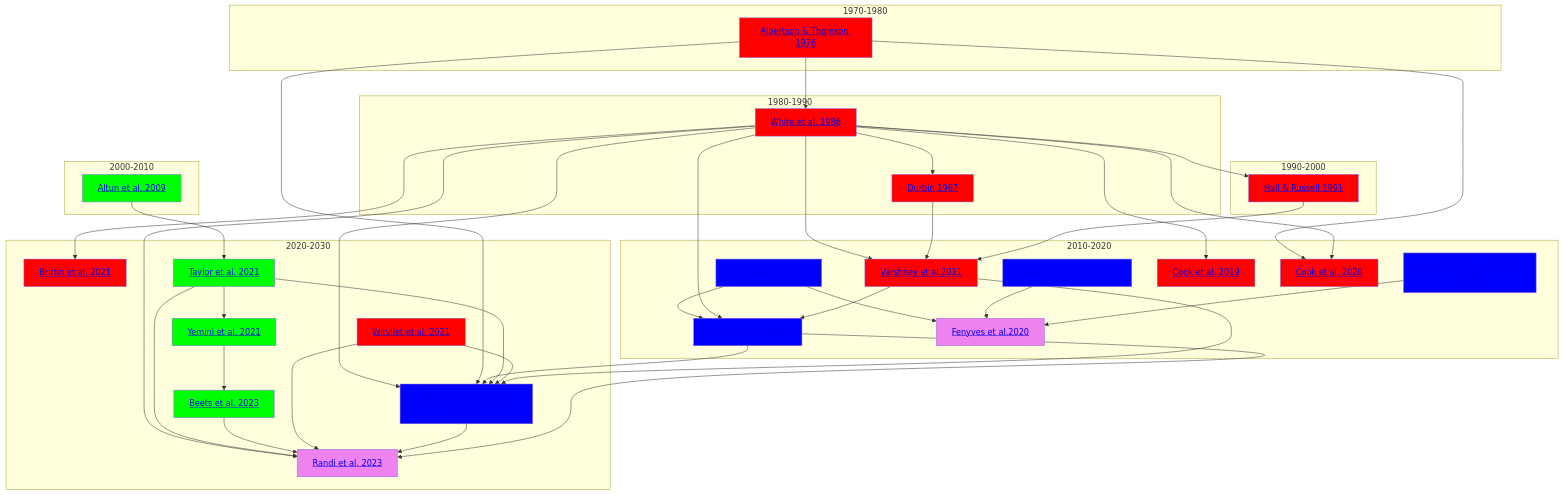
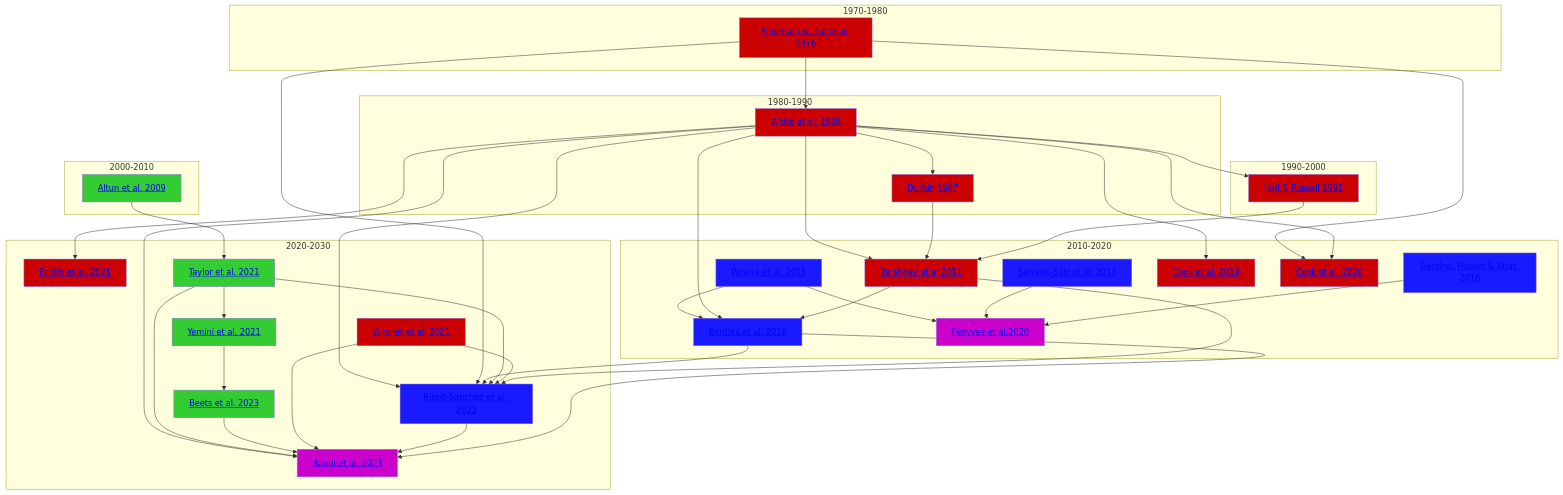
One commit to yasinthanvickneswaran/mermaidtest changed the diagram in Timeline.md. Above: the diagram before and after it, drawn with Mermaid.

````diff
--- a/Timeline.md
+++ b/Timeline.md
@@ -1,67 +1,67 @@
 ```mermaid
 flowchart TD
-    classDef anat fill:#f00
-    classDef gene fill:#0f0
-    classDef es fill:#00f
-    classDef func fill:#ee82ee
+    classDef anat fill:#cc0000
+    classDef gene fill:#33cc33
+    classDef es fill:#1a1aff
+    classDef func fill:#cc00cc
 
 
     subgraph 1970-1980
     A1[<a href='https://github.com/yasinthanvickneswaran/ConnectomeToolbox/blob/main/docs/Albertson_Thompson_1976.md' >Albertson & Thomson 1976</a>]:::anat
     end
     subgraph 1980-1990
     A[<a href='https://github.com/yasinthanvickneswaran/ConnectomeToolbox/blob/main/docs/White_1986.md' >White et al. 1986</a>]:::anat & B[<a href='https://github.com/yasinthanvickneswaran/ConnectomeToolbox/blob/main/docs/Durbin_1987.md' >Durbin 1987</a>]:::anat
     end
 
     subgraph 1990-2000
     A2[<a href='https://github.com/yasinthanvickneswaran/ConnectomeToolbox/blob/main/docs/Hall_1991.md' >Hall & Russell 1991</a>]:::anat
     end
 
     subgraph 2000-2010
     C[<a href='https://github.com/yasinthanvickneswaran/ConnectomeToolbox/blob/main/docs/Altun_2009.md' >Altun et al. 2009</a>]:::gene 
     end
 
     subgraph 2010-2020
     D[<a href='https://github.com/yasinthanvickneswaran/ConnectomeToolbox/blob/main/docs/Varshney_2011.md' >Varshney et al.2011</a>]:::anat & E[<a href='https://github.com/yasinthanvickneswaran/ConnectomeToolbox/blob/main/docs/Pereira_2015.md' >Pereira et al. 2015</a>]:::es & E1[<a href='https://github.com/yasinthanvickneswaran/ConnectomeToolbox/blob/main/docs/Serrano_2013.md' >Serrano-Saiz et al. 2013</a>]:::es  & E2[<a href='https://github.com/yasinthanvickneswaran/ConnectomeToolbox/blob/main/docs/Gendrel_2016.md' >Gendrel, Hobert & Atlas 2016</a>]:::es & F[<a href='https://github.com/yasinthanvickneswaran/ConnectomeToolbox/blob/main/docs/Bentley_2016.md' >Bentley et al. 2016 </a>]:::es & G[<a href='https://github.com/yasinthanvickneswaran/ConnectomeToolbox/blob/main/docs/Cook_2019.md' >Cook et al. 2019</a>]:::anat & H[<a href='https://github.com/yasinthanvickneswaran/ConnectomeToolbox/blob/main/docs/Fenyves_2020.md' >Fenyves et al.2020</a>]:::func & I[<a href='https://github.com/yasinthanvickneswaran/ConnectomeToolbox/blob/main/docs/Cook_2020.md' >Cook et al. 2020</a>]:::anat
     end
 
     subgraph 2020-2030
     J[<a href='https://github.com/yasinthanvickneswaran/ConnectomeToolbox/blob/main/docs/Brittin_2021.md' >Brittin et al. 2021</a>]:::anat & K[<a href='https://github.com/yasinthanvickneswaran/ConnectomeToolbox/blob/main/docs/Witvliet_2021.md' >Witvliet et al. 2021</a>]:::anat & L[<a href='https://github.com/yasinthanvickneswaran/ConnectomeToolbox/blob/main/docs/Taylor_2021.md' >Taylor et al. 2021</a>]:::gene & M[<a href='https://github.com/yasinthanvickneswaran/ConnectomeToolbox/blob/main/docs/Yemini_2021.md' >Yemini et al. 2021</a>]:::gene & N[<a href='https://github.com/yasinthanvickneswaran/ConnectomeToolbox/blob/main/docs/Beets_2023.md' >Beets et al. 2023</a>]:::gene & P[<a href='https://github.com/yasinthanvickneswaran/ConnectomeToolbox/blob/main/docs/Randi_2023.md' >Randi et al. 2023</a>]:::func & NP[<a href='https://github.com/yasinthanvickneswaran/ConnectomeToolbox/blob/main/docs/Ripoll_2023.md' >Ripoll-Sanchez et al. 2023</a>]:::es
     end     
 
 
     E --> H
     E1 --> H
     E2 --> H
     E --> F
     C --> L
     L --> M
     M --> N
     A --> B
     A1 --> A
     A1 --> I
     A  --> A2
     A --> D
     B --> D
     A2 --> D
     A --> G
     A --> I
     A --> J
     A --> F
     D --> F
     A --> NP
     A1 --> NP
     F --> NP
     L --> NP
     K --> NP
     D --> NP
     A --> P
     L --> P
     N --> P
     K --> P
     NP --> P
     F --> P
 
     
     
 ```
````
